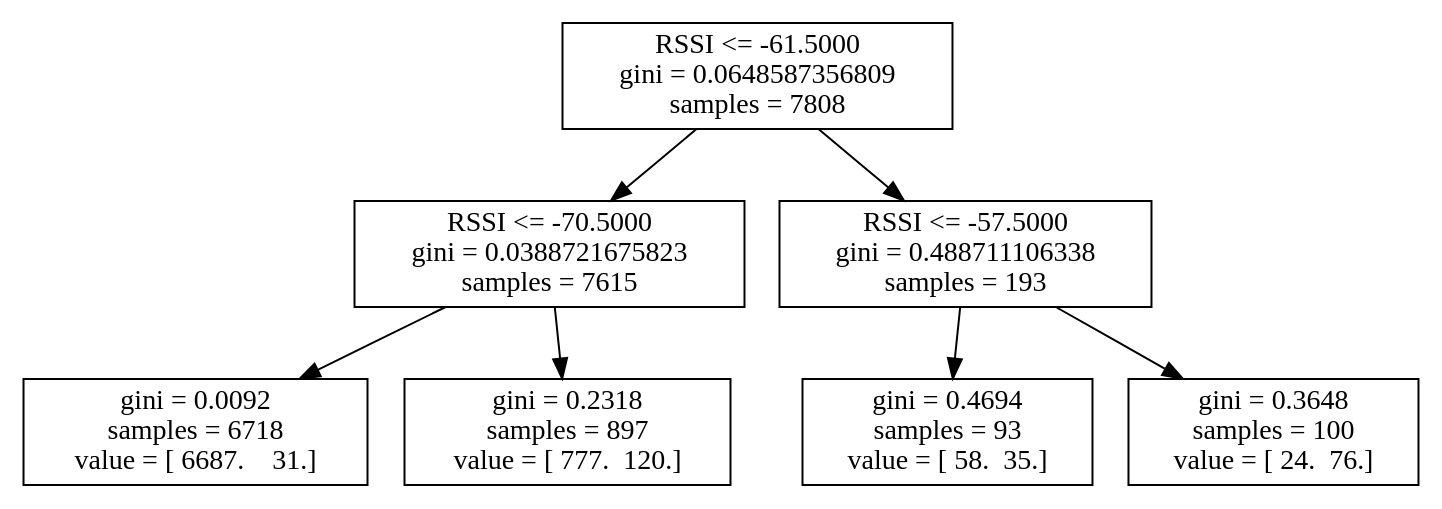
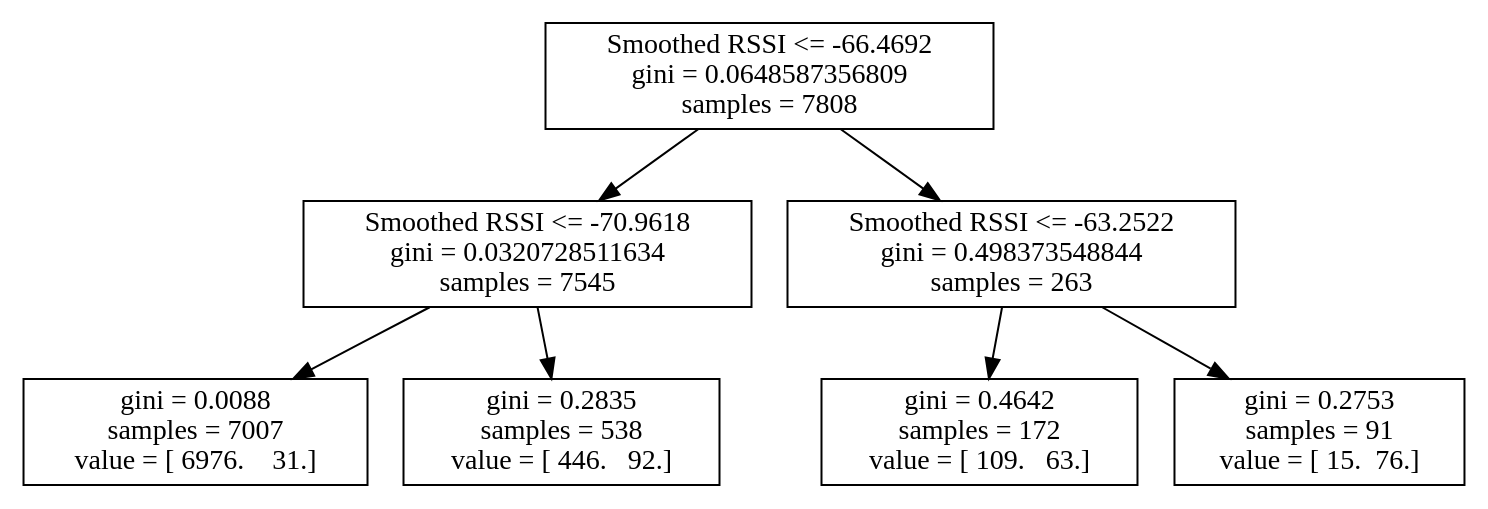
The diagram in logs/4_19/log6.dot (atitus5/6s062-Project), drawn with Graphviz before and after one commit. The commit also changed 75 other files, not shown here.

```diff
--- a/logs/4_19/log6.dot
+++ b/logs/4_19/log6.dot
@@ -1,15 +1,15 @@
 digraph Tree {
-0 [label="RSSI <= -61.5000\ngini = 0.0648587356809\nsamples = 7808", shape="box"] ;
-1 [label="RSSI <= -70.5000\ngini = 0.0388721675823\nsamples = 7615", shape="box"] ;
+0 [label="Smoothed RSSI <= -66.4692\ngini = 0.0648587356809\nsamples = 7808", shape="box"] ;
+1 [label="Smoothed RSSI <= -70.9618\ngini = 0.0320728511634\nsamples = 7545", shape="box"] ;
 0 -> 1 ;
-2 [label="gini = 0.0092\nsamples = 6718\nvalue = [ 6687.    31.]", shape="box"] ;
+2 [label="gini = 0.0088\nsamples = 7007\nvalue = [ 6976.    31.]", shape="box"] ;
 1 -> 2 ;
-3 [label="gini = 0.2318\nsamples = 897\nvalue = [ 777.  120.]", shape="box"] ;
+3 [label="gini = 0.2835\nsamples = 538\nvalue = [ 446.   92.]", shape="box"] ;
 1 -> 3 ;
-4 [label="RSSI <= -57.5000\ngini = 0.488711106338\nsamples = 193", shape="box"] ;
+4 [label="Smoothed RSSI <= -63.2522\ngini = 0.498373548844\nsamples = 263", shape="box"] ;
 0 -> 4 ;
-5 [label="gini = 0.4694\nsamples = 93\nvalue = [ 58.  35.]", shape="box"] ;
+5 [label="gini = 0.4642\nsamples = 172\nvalue = [ 109.   63.]", shape="box"] ;
 4 -> 5 ;
-6 [label="gini = 0.3648\nsamples = 100\nvalue = [ 24.  76.]", shape="box"] ;
+6 [label="gini = 0.2753\nsamples = 91\nvalue = [ 15.  76.]", shape="box"] ;
 4 -> 6 ;
 }
```
